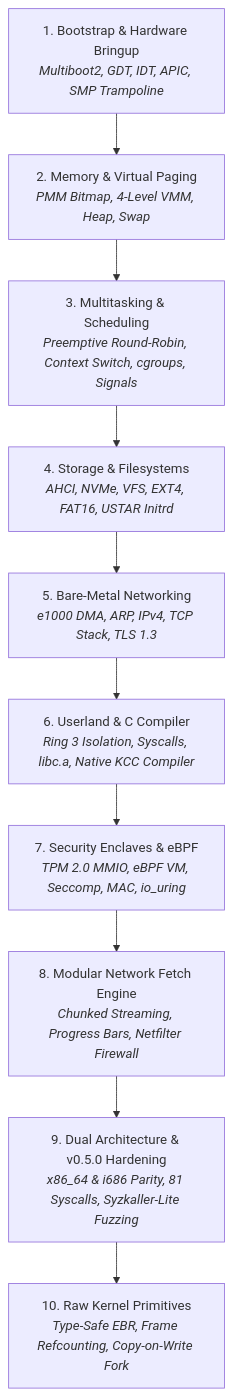
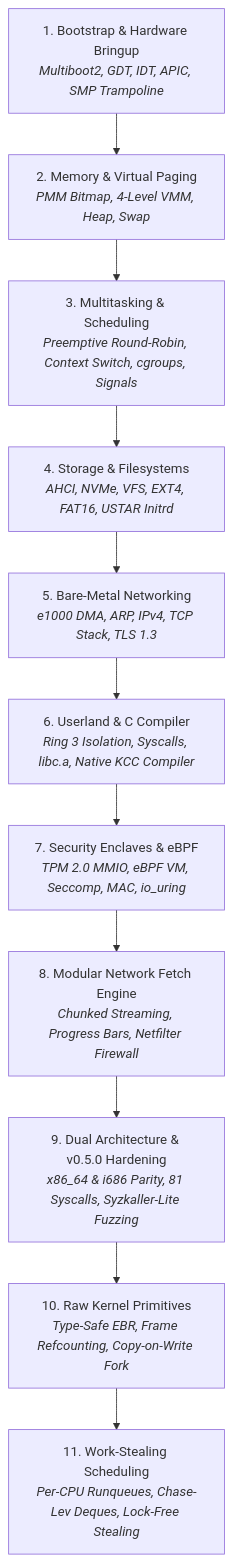
The diagram in docs/journey/README.md (mrvlous/keira), drawn with Mermaid before and after one commit. The commit also changed other lines of this file and 4 other files, not shown here.

Commit message:
docs: synchronize milestone 11 work-stealing scheduler architecture and chapters

````diff
--- a/docs/journey/README.md
+++ b/docs/journey/README.md
@@ -11,12 +11,13 @@
 ```mermaid
 graph TD
     M1["1. Bootstrap & Hardware Bringup<br/><i>Multiboot2, GDT, IDT, APIC, SMP Trampoline</i>"] --> M2["2. Memory & Virtual Paging<br/><i>PMM Bitmap, 4-Level VMM, Heap, Swap</i>"]
     M2 --> M3["3. Multitasking & Scheduling<br/><i>Preemptive Round-Robin, Context Switch, cgroups, Signals</i>"]
     M3 --> M4["4. Storage & Filesystems<br/><i>AHCI, NVMe, VFS, EXT4, FAT16, USTAR Initrd</i>"]
     M4 --> M5["5. Bare-Metal Networking<br/><i>e1000 DMA, ARP, IPv4, TCP Stack, TLS 1.3</i>"]
     M5 --> M6["6. Userland & C Compiler<br/><i>Ring 3 Isolation, Syscalls, libc.a, Native KCC Compiler</i>"]
     M6 --> M7["7. Security Enclaves & eBPF<br/><i>TPM 2.0 MMIO, eBPF VM, Seccomp, MAC, io_uring</i>"]
     M7 --> M8["8. Modular Network Fetch Engine<br/><i>Chunked Streaming, Progress Bars, Netfilter Firewall</i>"]
     M8 --> M9["9. Dual Architecture & v0.5.0 Hardening<br/><i>x86_64 & i686 Parity, 81 Syscalls, Syzkaller-Lite Fuzzing</i>"]
     M9 --> M10["10. Raw Kernel Primitives<br/><i>Type-Safe EBR, Frame Refcounting, Copy-on-Write Fork</i>"]
+    M10 --> M11["11. Work-Stealing Scheduling<br/><i>Per-CPU Runqueues, Chase-Lev Deques, Lock-Free Stealing</i>"]
 ```
````
